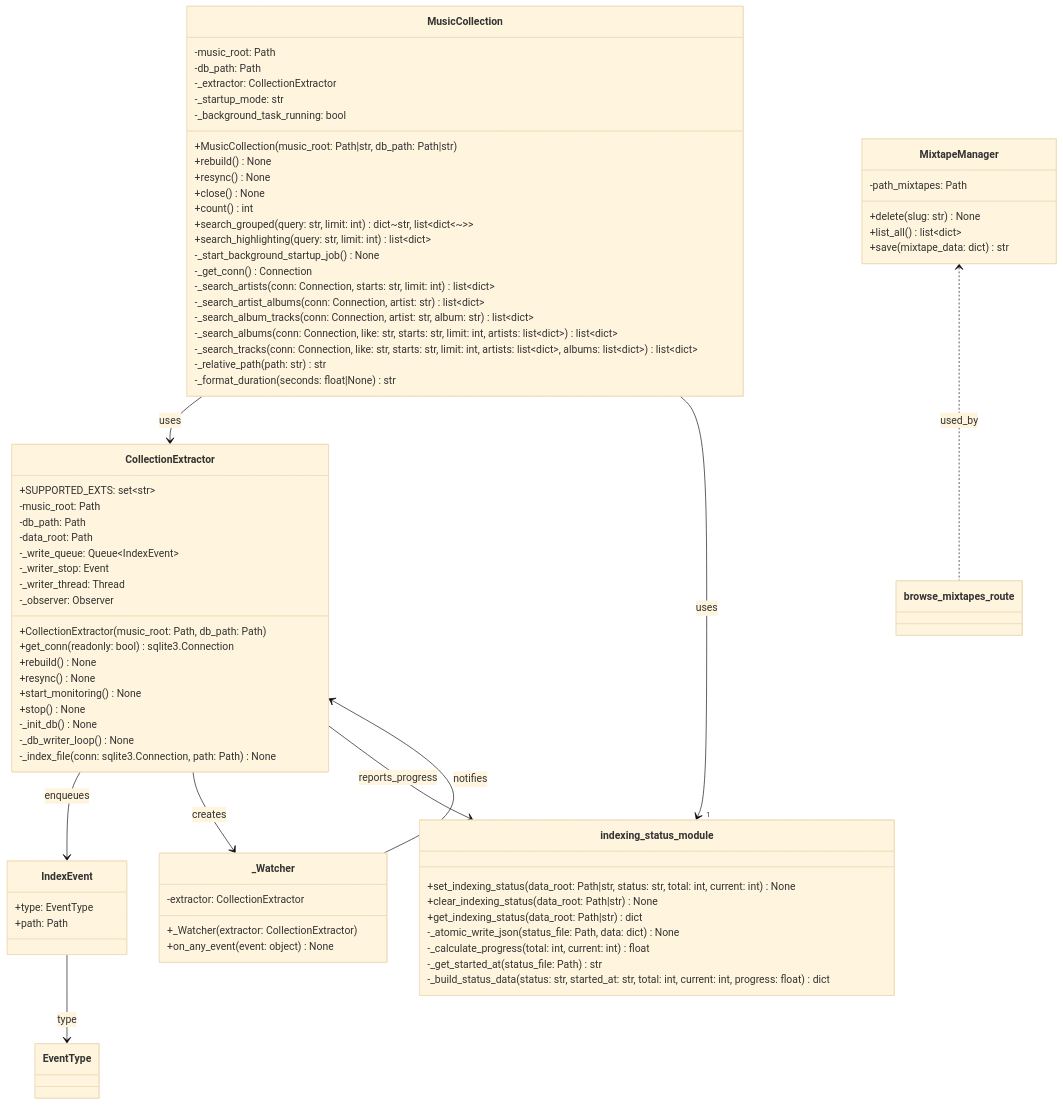
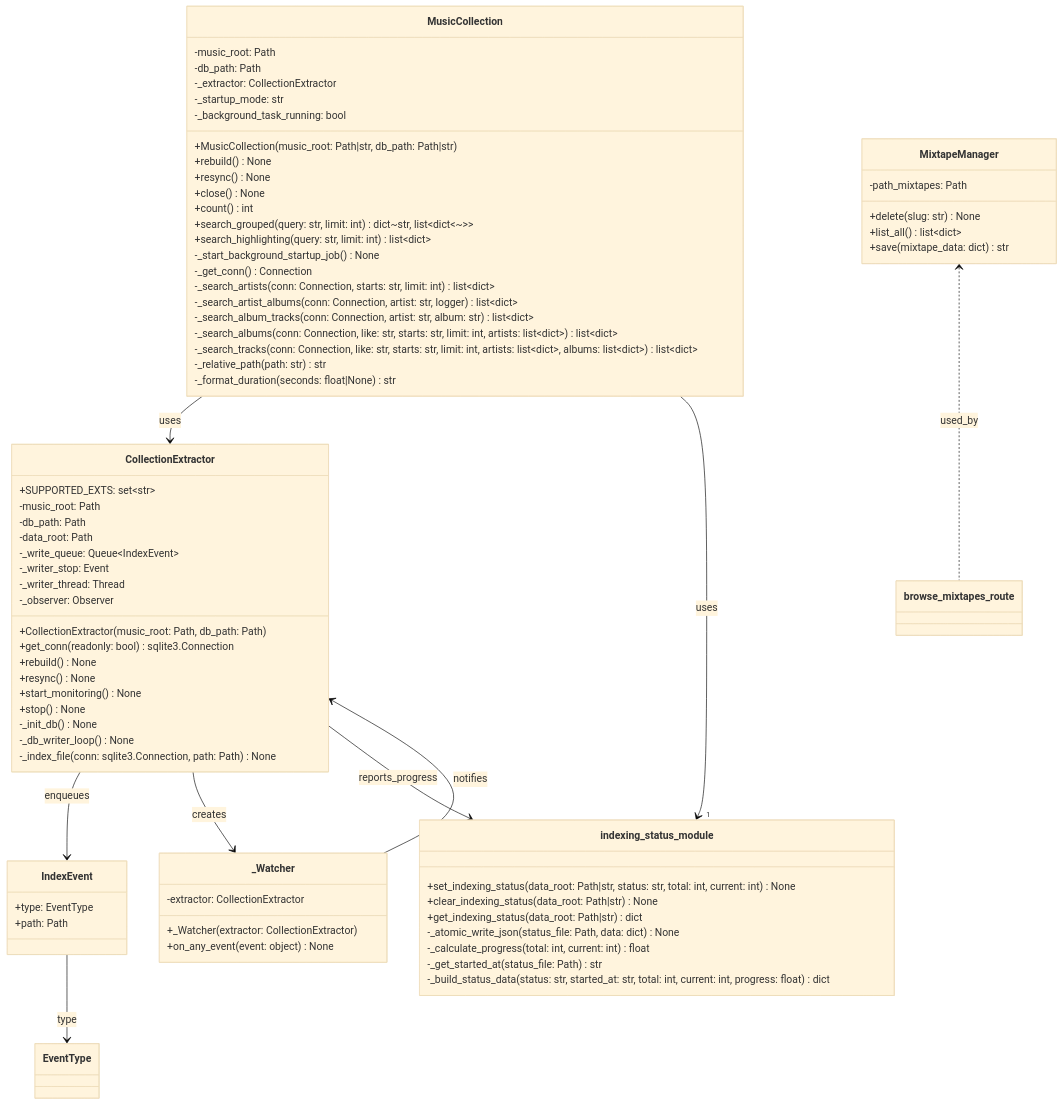
One commit to mark-me/mixtape-society changed the third of 3 diagrams in docs/development/musiclib.md. Above: the diagram before and after it, drawn with Mermaid (base theme). The commit also changed 14 other files, not shown here.

```diff
--- a/docs/development/musiclib.md
+++ b/docs/development/musiclib.md
@@ -150,7 +150,7 @@
         -_start_background_startup_job() None
         -_get_conn() Connection
         -_search_artists(conn: Connection, starts: str, limit: int) list~dict~
-        -_search_artist_albums(conn: Connection, artist: str) list~dict~
+        -_search_artist_albums(conn: Connection, artist: str, logger) list~dict~
         -_search_album_tracks(conn: Connection, artist: str, album: str) list~dict~
         -_search_albums(conn: Connection, like: str, starts: str, limit: int, artists: list~dict~) list~dict~
         -_search_tracks(conn: Connection, like: str, starts: str, limit: int, artists: list~dict~, albums: list~dict~) list~dict~
```
